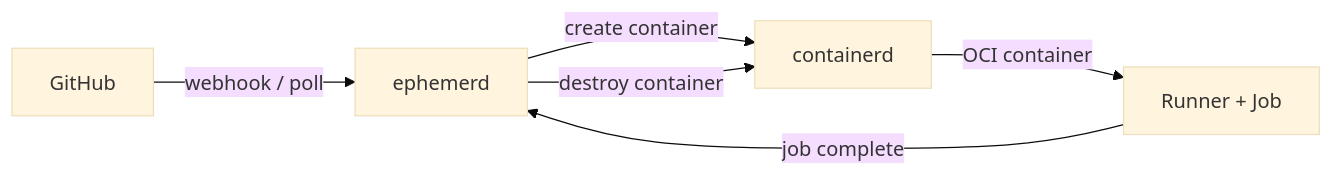
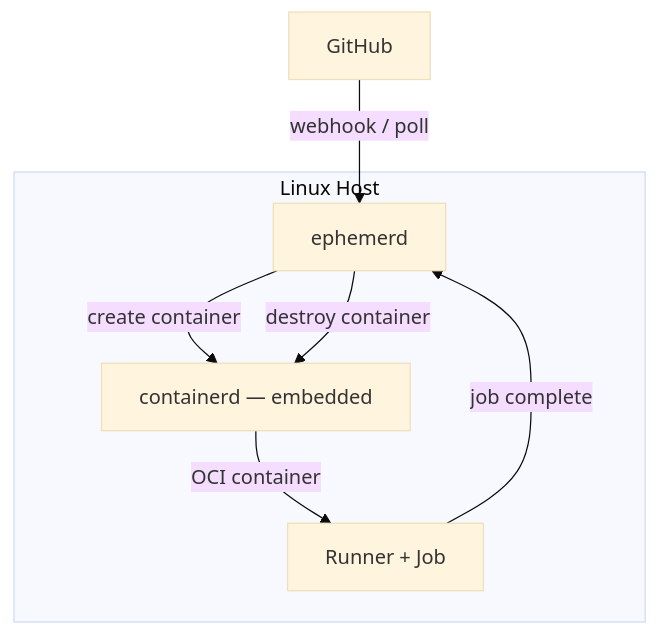
One commit to ephpm/ephemerd changed the first of 7 diagrams in README.md. Above: the diagram before and after it, drawn with Mermaid (base theme).

Commit message:
docs: make Linux mermaid chart vertical to match Windows/macOS

````diff
--- a/README.md
+++ b/README.md
@@ -23,8 +23,11 @@
 ```mermaid
-graph LR
+graph TB
     GH[GitHub] -->|webhook / poll| E[ephemerd]
-    E -->|create container| C[containerd]
-    C -->|OCI container| R[Runner + Job]
-    R -->|job complete| E
-    E -->|destroy container| C
+
+    subgraph "Linux Host"
+        E -->|create container| CTD[containerd — embedded]
+        CTD -->|OCI container| R[Runner + Job]
+        R -->|job complete| E
+        E -->|destroy container| CTD
+    end
 ```
````
